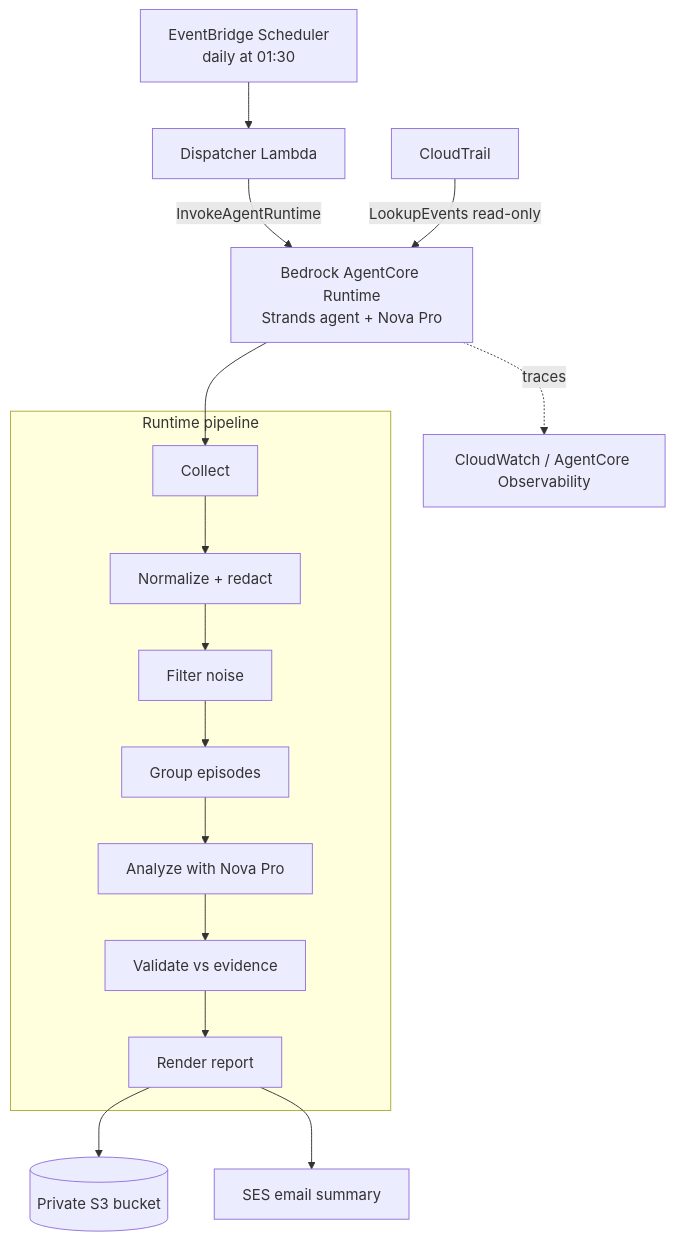
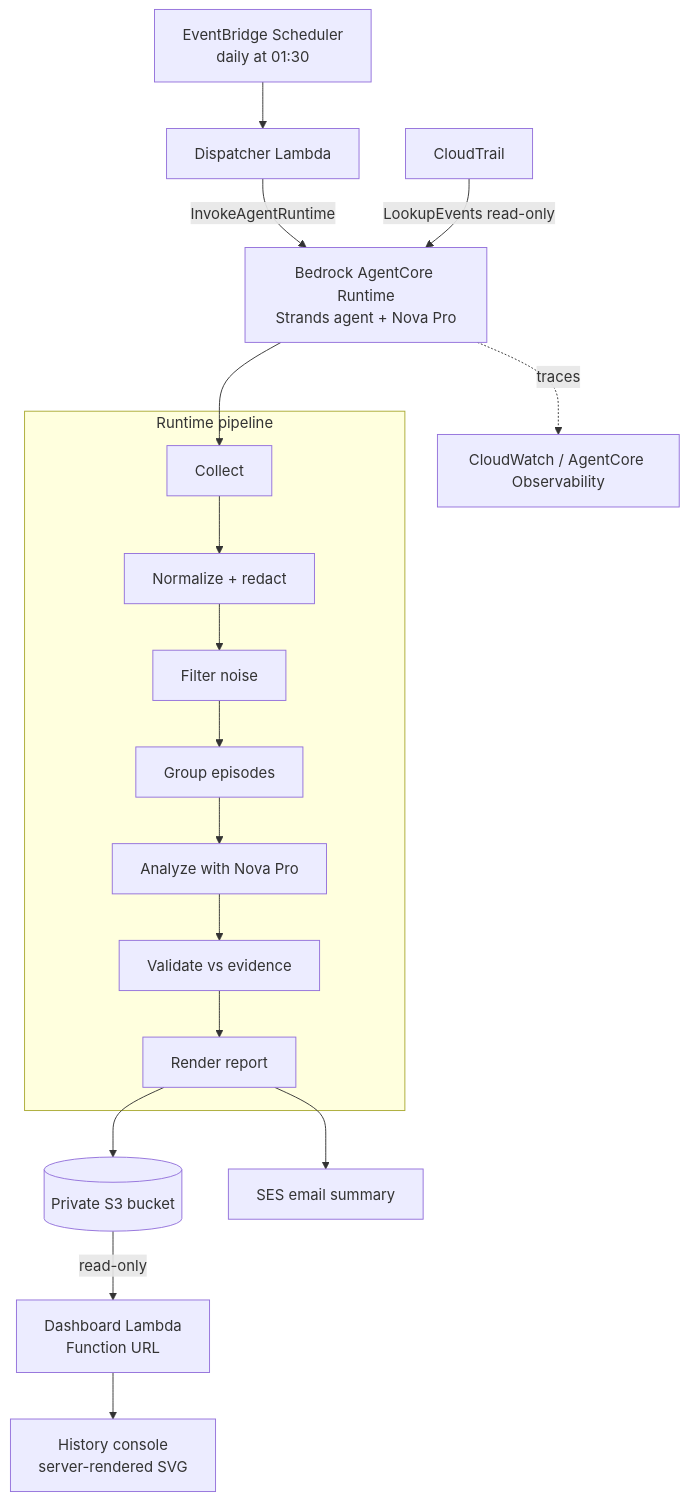
One commit to Poobalan1210/archival-agent changed the diagram in README.md. Above: the diagram before and after it, drawn with Mermaid. The commit also changed other lines of this file and 15 other files, not shown here.

Commit message:
Enchancement to the archival agent flow

````diff
--- a/README.md
+++ b/README.md
@@ -27,13 +29,15 @@
 ```mermaid
 flowchart TD
     A[EventBridge Scheduler<br/>daily at 01:30] --> B[Dispatcher Lambda]
     B -->|InvokeAgentRuntime| C[Bedrock AgentCore Runtime<br/>Strands agent + Nova Pro]
     CT[CloudTrail] -->|LookupEvents read-only| C
     subgraph Runtime pipeline
       D[Collect] --> E[Normalize + redact] --> F[Filter noise] --> G[Group episodes] --> H[Analyze with Nova Pro] --> I[Validate vs evidence] --> J[Render report]
     end
     C --> D
     J --> K[(Private S3 bucket)]
     J --> L[SES email summary]
     C -. traces .-> M[CloudWatch / AgentCore Observability]
+    K -->|read-only| N[Dashboard Lambda<br/>Function URL]
+    N --> O[History console<br/>server-rendered SVG]
 ```
````
